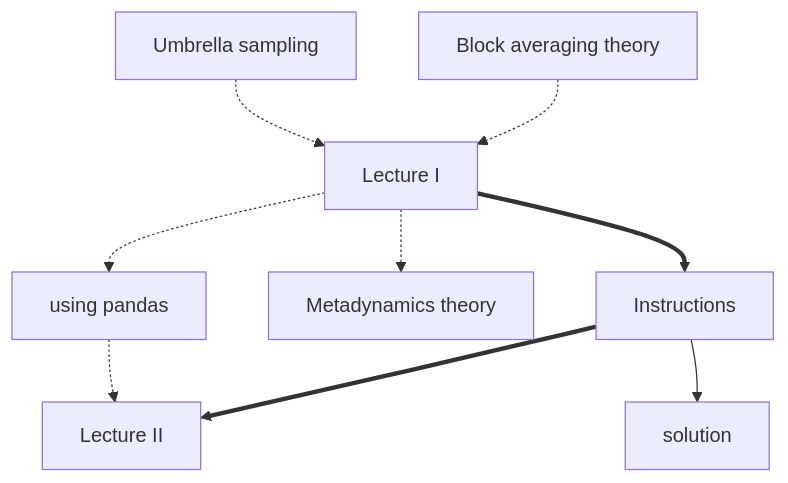
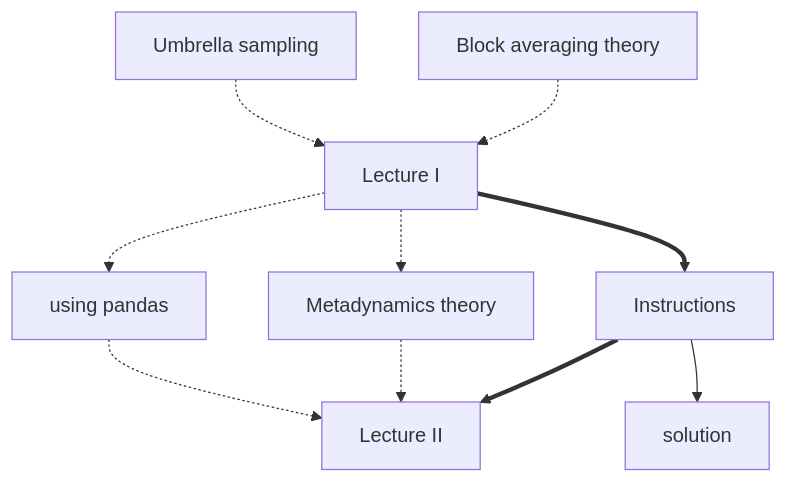
One commit to plumed/masterclass-21-4 changed the diagram in NAVIGATION.md. Above: the diagram before and after it, drawn with Mermaid.

````diff
--- a/NAVIGATION.md
+++ b/NAVIGATION.md
@@ -13,19 +13,20 @@
 ```mermaid
 flowchart TB;
   A[Umbrella sampling] -.-> C[Lecture I] 
   B[Block averaging theory] -.-> C
   C ==> D[Instructions];
   C -.-> H[Metadynamics theory];
   C -.-> G[using pandas];
   G -.-> E;
+  H -.-> E;
   D ==> E[Lecture II];
   D --> F[solution];
   click A "ref1" "This lesson teaches you how to run umbrella sampling calculations. You will need to follow the instructions on installing gromacs and plumed within it to run your metadynamics simulation. However, you do not need to perform the exercises on umbrella sampling in order to perfom these exercises on metadynamics";
   click B "ref2" "This lesson introduces you to more of the theory of block averaging.  You use this method here to calculate the error bars on the averages that you obtain from your metadynamics simulations";
   click C "video1" "A lecture that was given on March 1st 2021 as part of the plumed masterclass series that introduces you to the exercises in this lesson";
   click D "INSTRUCTIONS.md" "The instructions for the exercises";
   click E "video2" "A lecture that was given on March 8th 2021 as part of the plumed masterclass series that goes through the solutions to the exercises in the lesson";
   click F "notebooks/solution.ipynb" "A python notebook that contains a full set of solutions to the exercises that are discussed in the masterclass.  This notebook is the one that was editted during the section video lecture of the masterclass";
   click G "notebooks/plumed-pandas.ipynb" "A python notebook file that illustrates how you can use pandas to read in COLVAR files that are generated with PLUMED";
   click H "THEORY.md" "A (very) brief introduction to the theory of metadynamics.  If you are interested in learning more about metadyanmics we would strongly encourage you to read one of the many reviews on this topic.  There are links to suitable reviews in the exercises.";
 ```
````
